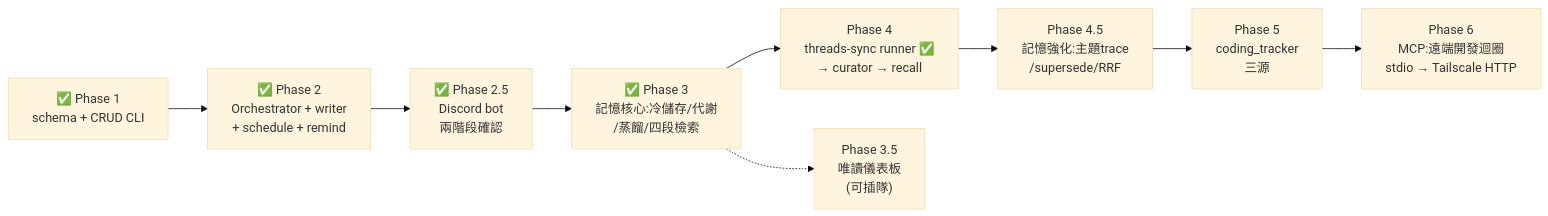
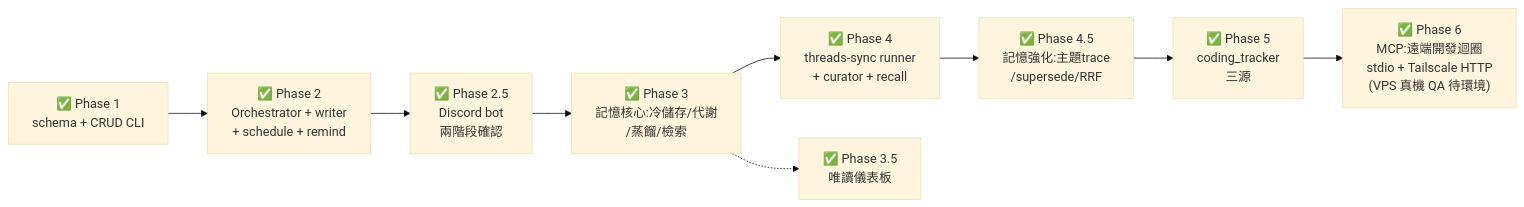
Diagram 12 of 12 in ARCHITECTURE.md (Deo940712/personal-agent-Metatron), drawn with Mermaid (base theme) before and after one commit. The commit also changed other lines of this file and 6 other files, not shown here.

Commit message:
docs: full architecture/memory/context/division-of-labor documentation sync - all parts through 006 marked implemented, RRF retrieval diagrams updated, context builder + three-party division sections added, retain_a experiment recorded bilingually

````diff
--- a/ARCHITECTURE.md
+++ b/ARCHITECTURE.md
@@ -811,5 +886,5 @@
 ```mermaid
 flowchart LR
-    P1["✅ Phase 1<br/>schema + CRUD CLI"] --> P2["✅ Phase 2<br/>Orchestrator + writer<br/>+ schedule + remind"] --> P25["✅ Phase 2.5<br/>Discord bot<br/>兩階段確認"] --> P3["✅ Phase 3<br/>記憶核心:冷儲存/代謝<br/>/蒸餾/四段檢索"] --> P4["Phase 4<br/>threads-sync runner ✅<br/>→ curator → recall"] --> P45["Phase 4.5<br/>記憶強化:主題trace<br/>/supersede/RRF"] --> P5["Phase 5<br/>coding_tracker<br/>三源"] --> P6["Phase 6<br/>MCP:遠端開發迴圈<br/>stdio → Tailscale HTTP"]
-    P3 -.-> P35["Phase 3.5<br/>唯讀儀表板<br/>(可插隊)"]
+    P1["✅ Phase 1<br/>schema + CRUD CLI"] --> P2["✅ Phase 2<br/>Orchestrator + writer<br/>+ schedule + remind"] --> P25["✅ Phase 2.5<br/>Discord bot<br/>兩階段確認"] --> P3["✅ Phase 3<br/>記憶核心:冷儲存/代謝<br/>/蒸餾/檢索"] --> P4["✅ Phase 4<br/>threads-sync runner<br/>+ curator + recall"] --> P45["✅ Phase 4.5<br/>記憶強化:主題trace<br/>/supersede/RRF"] --> P5["✅ Phase 5<br/>coding_tracker<br/>三源"] --> P6["✅ Phase 6<br/>MCP:遠端開發迴圈<br/>stdio + Tailscale HTTP<br/>(VPS 真機 QA 待環境)"]
+    P3 -.-> P35["✅ Phase 3.5<br/>唯讀儀表板"]
 ```
````
